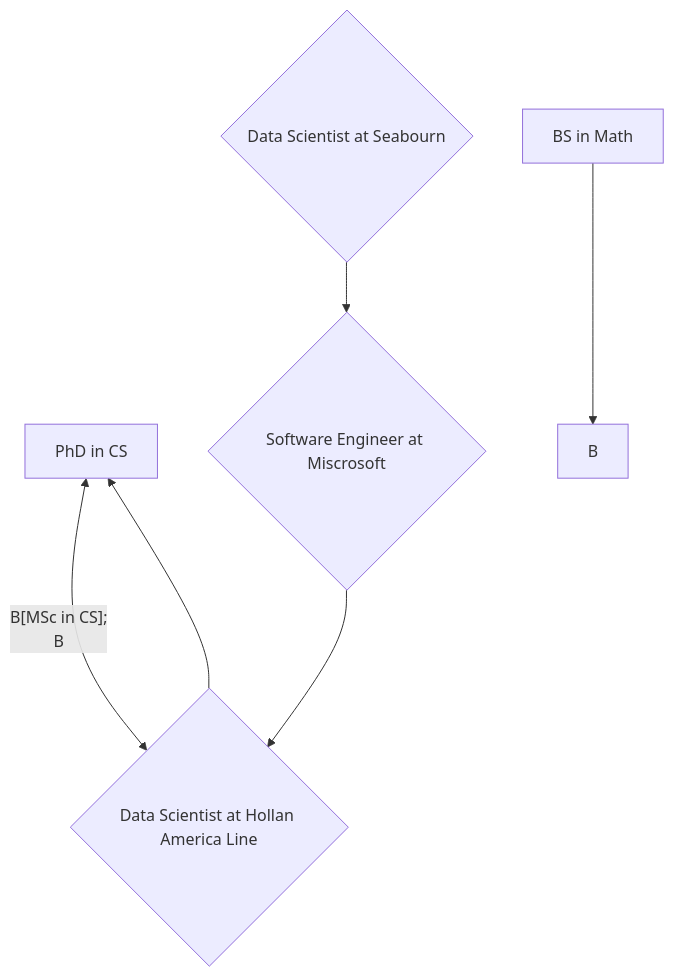
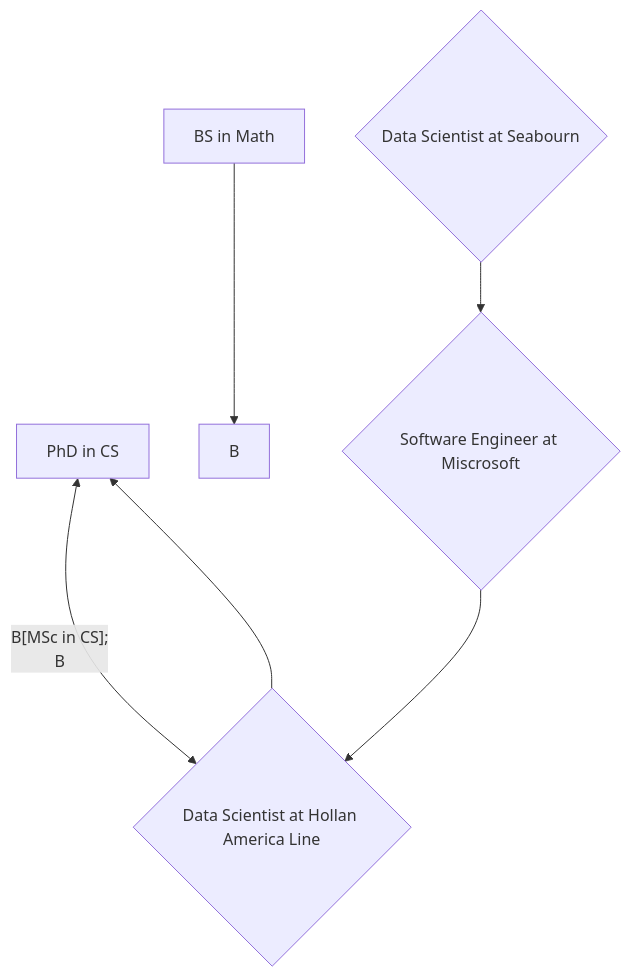
The diagram in README.md (LeyliG/LeyliG), drawn with Mermaid before and after one commit.

````diff
--- a/README.md
+++ b/README.md
@@ -31,10 +31,10 @@
 ```mermaid
   flowchart TB
       A[PhD in CS] <-- B[MSc  in CS];
       B --> D{Data Scientist at Hollan America Line};
+      C[BS in Math] --> B; 
       E{Software Engineer at Miscrosoft} --> D ;
-      F{Data Scientist at Seabourn} --> E;      
-      C[BS in Math] --> B;       
+      F{Data Scientist at Seabourn} --> E;                  
       D --> A;
           
 ```
````
